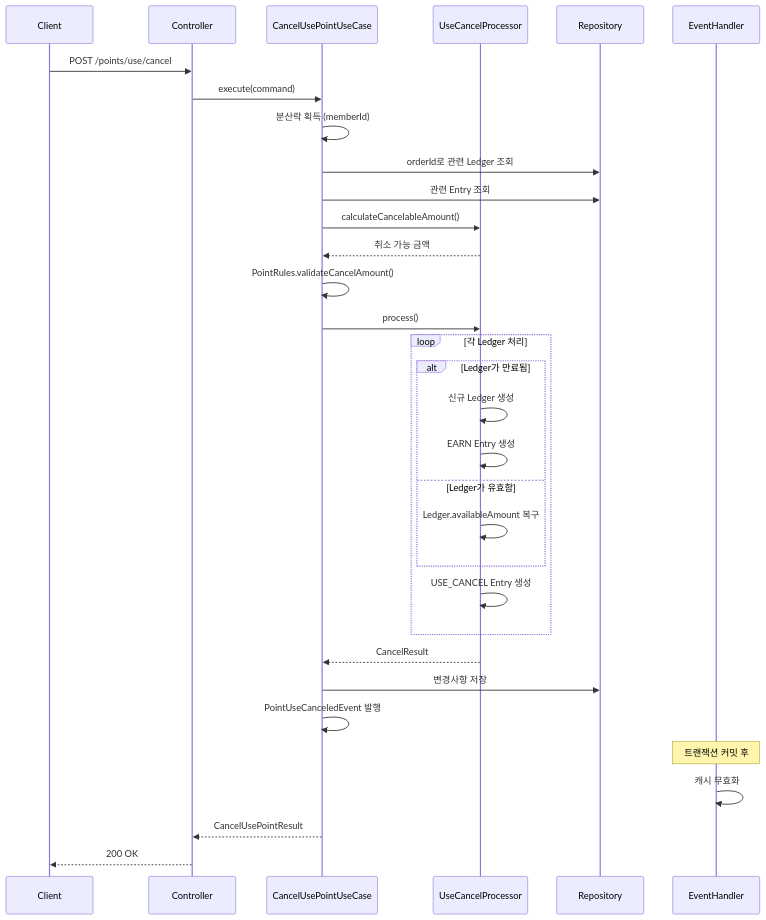
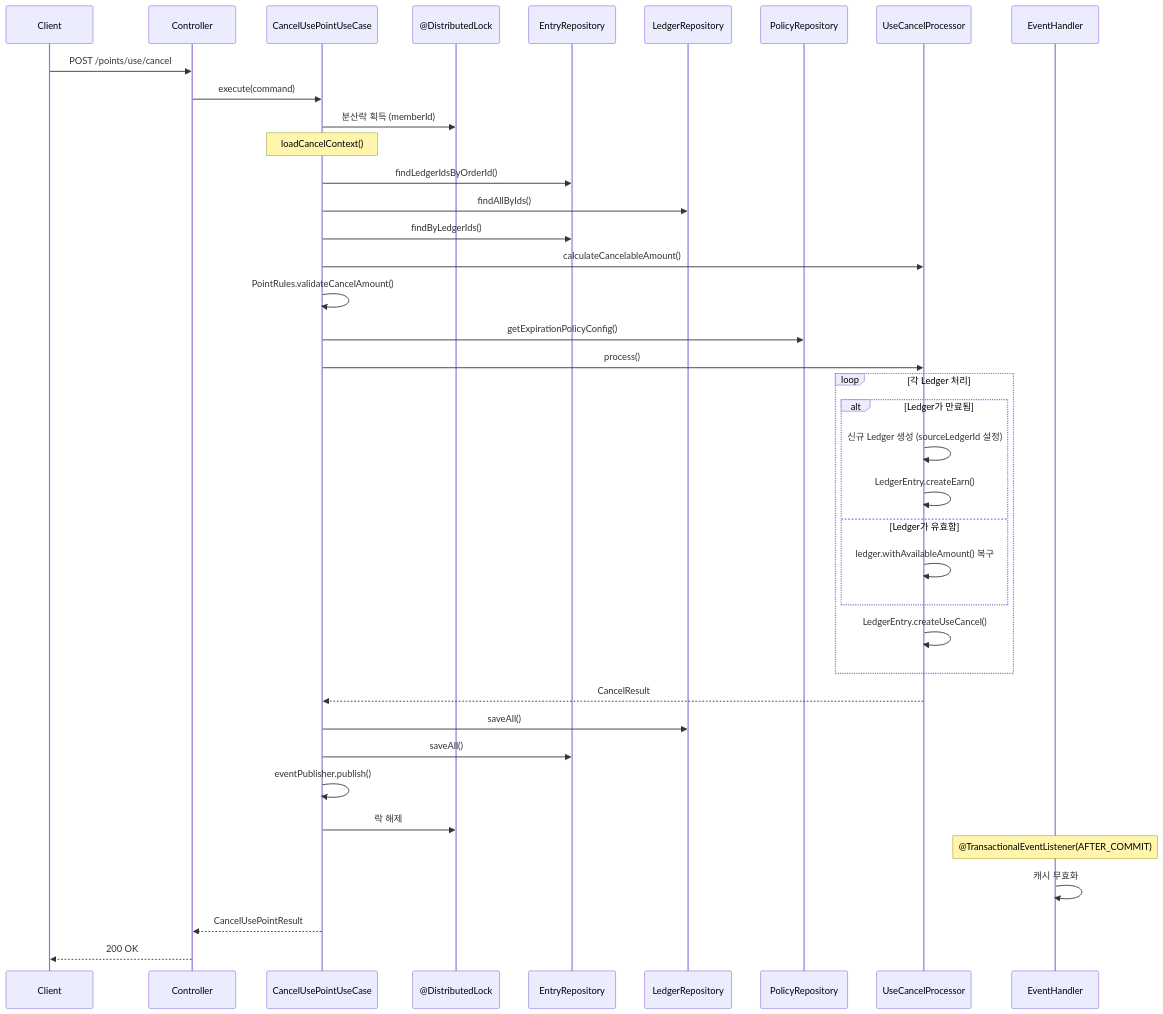
Before and after one commit to hayden-han/point-system-demo: the fourth of 5 diagrams in README.md, drawn with Mermaid. The commit also changed other lines of this file, not shown here.

First line of the commit message:
docs: 누락된 시퀀스 다이어그램 변경사항을 업데이트

````diff
--- a/README.md
+++ b/README.md
@@ -381,44 +382,49 @@
 ```mermaid
 sequenceDiagram
     participant Client
     participant Controller
     participant UseCase as CancelUsePointUseCase
+    participant Lock as @DistributedLock
+    participant EntryRepo as EntryRepository
+    participant LedgerRepo as LedgerRepository
+    participant PolicyRepo as PolicyRepository
     participant Processor as UseCancelProcessor
-    participant Repository
     participant EventHandler
 
     Client->>Controller: POST /points/use/cancel
     Controller->>UseCase: execute(command)
+    UseCase->>Lock: 분산락 획득 (memberId)
 
-    UseCase->>UseCase: 분산락 획득 (memberId)
-    UseCase->>Repository: orderId로 관련 Ledger 조회
-    UseCase->>Repository: 관련 Entry 조회
+    Note over UseCase: loadCancelContext()
+    UseCase->>EntryRepo: findLedgerIdsByOrderId()
+    UseCase->>LedgerRepo: findAllByIds()
+    UseCase->>EntryRepo: findByLedgerIds()
 
     UseCase->>Processor: calculateCancelableAmount()
-    Processor-->>UseCase: 취소 가능 금액
-
     UseCase->>UseCase: PointRules.validateCancelAmount()
 
+    UseCase->>PolicyRepo: getExpirationPolicyConfig()
     UseCase->>Processor: process()
 
     loop 각 Ledger 처리
         alt Ledger가 만료됨
-            Processor->>Processor: 신규 Ledger 생성
-            Processor->>Processor: EARN Entry 생성
+            Processor->>Processor: 신규 Ledger 생성 (sourceLedgerId 설정)
+            Processor->>Processor: LedgerEntry.createEarn()
         else Ledger가 유효함
-            Processor->>Processor: Ledger.availableAmount 복구
+            Processor->>Processor: ledger.withAvailableAmount() 복구
         end
-        Processor->>Processor: USE_CANCEL Entry 생성
+        Processor->>Processor: LedgerEntry.createUseCancel()
     end
 
     Processor-->>UseCase: CancelResult
+    UseCase->>LedgerRepo: saveAll()
+    UseCase->>EntryRepo: saveAll()
+    UseCase->>UseCase: eventPublisher.publish()
+    UseCase->>Lock: 락 해제
 
-    UseCase->>Repository: 변경사항 저장
-    UseCase->>UseCase: PointUseCanceledEvent 발행
-
-    Note over EventHandler: 트랜잭션 커밋 후
+    Note over EventHandler: @TransactionalEventListener(AFTER_COMMIT)
     EventHandler->>EventHandler: 캐시 무효화
 
     UseCase-->>Controller: CancelUsePointResult
     Controller-->>Client: 200 OK
 ```
````
